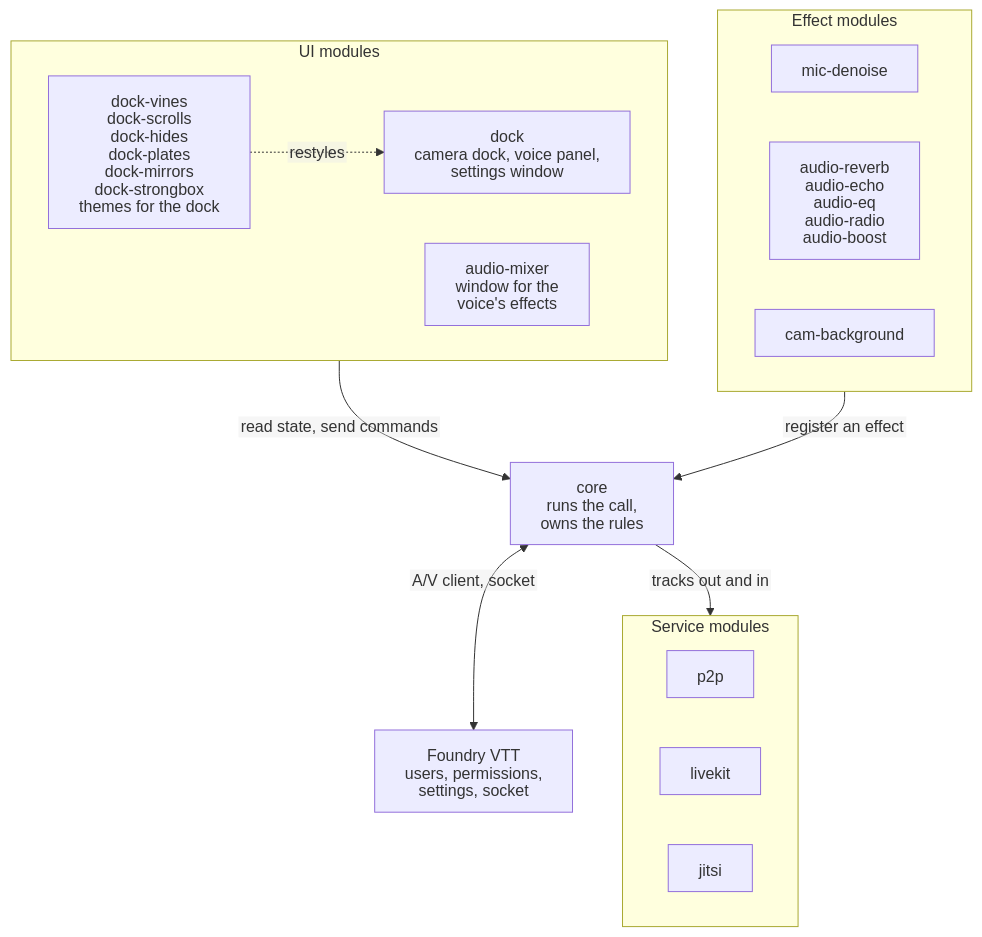
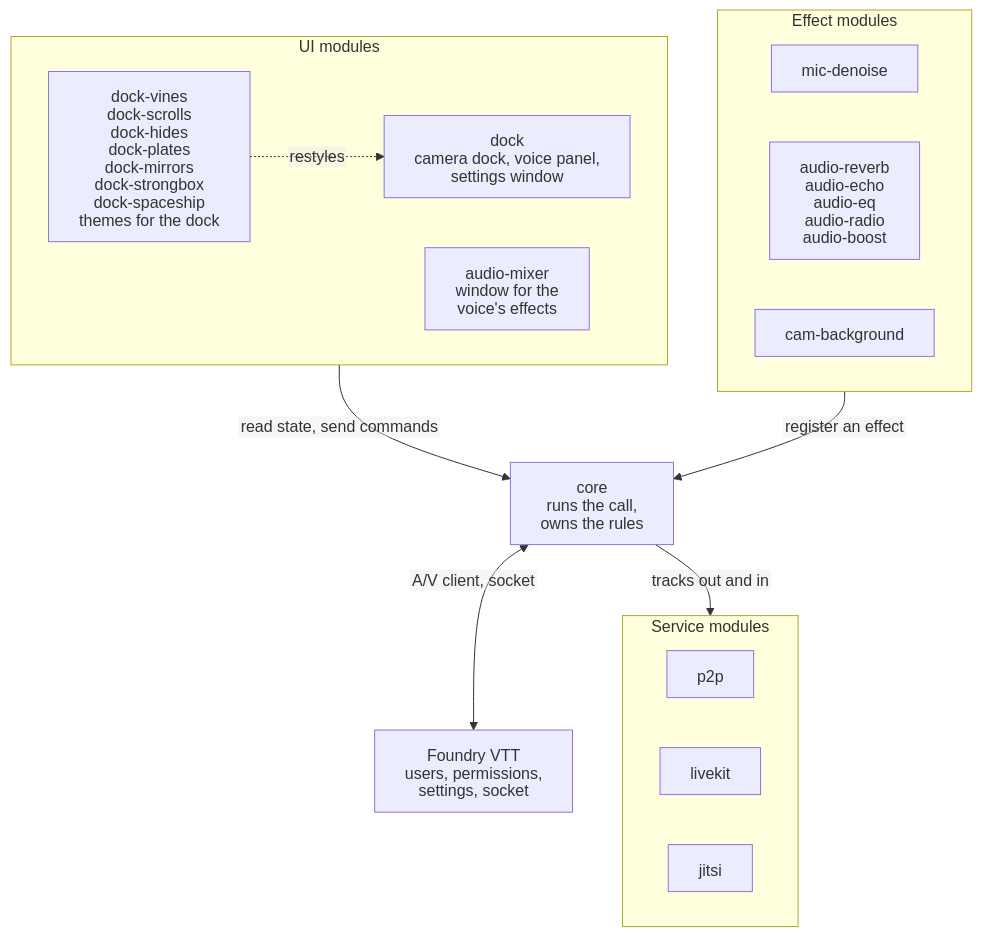
One commit to Affid/modular-av changed the first of 5 diagrams in docs/ARCHITECTURE.md. Above: the diagram before and after it, drawn with Mermaid. The commit also changed other lines of this file and 136 other files, not shown here.

First line of the commit message:
feat(dock-spaceship): a seventh theme, Spaceship (a cargo hauler's hold) (#49)

````diff
--- a/docs/ARCHITECTURE.md
+++ b/docs/ARCHITECTURE.md
@@ -11,31 +11,31 @@
 ```mermaid
 %%{init: {"htmlLabels": false, "flowchart": {"htmlLabels": false}}}%%
 flowchart TB
   subgraph ui["UI modules"]
     dock["dock<br/>camera dock, voice panel,<br/>settings window"]
     mixer["audio-mixer<br/>window for the<br/>voice's effects"]
-    theme["dock-vines<br/>dock-scrolls<br/>dock-hides<br/>dock-plates<br/>dock-mirrors<br/>dock-strongbox<br/>themes for the dock"]
+    theme["dock-vines<br/>dock-scrolls<br/>dock-hides<br/>dock-plates<br/>dock-mirrors<br/>dock-strongbox<br/>dock-spaceship<br/>themes for the dock"]
   end
 
   subgraph effects["Effect modules"]
     denoise["mic-denoise"]
     voice["audio-reverb<br/>audio-echo<br/>audio-eq<br/>audio-radio<br/>audio-boost"]
     cambg["cam-background"]
   end
 
   core["core<br/>runs the call,<br/>owns the rules"]
 
   subgraph services["Service modules"]
     p2p["p2p"]
     livekit["livekit"]
     jitsi["jitsi"]
   end
 
   foundry["Foundry VTT<br/>users, permissions,<br/>settings, socket"]
 
   ui -- "read state, send commands" --> core
   effects -- "register an effect" --> core
   core -- "tracks out and in" --> services
   core <-- "A/V client, socket" --> foundry
   theme -. "restyles" .-> dock
 ```
````
